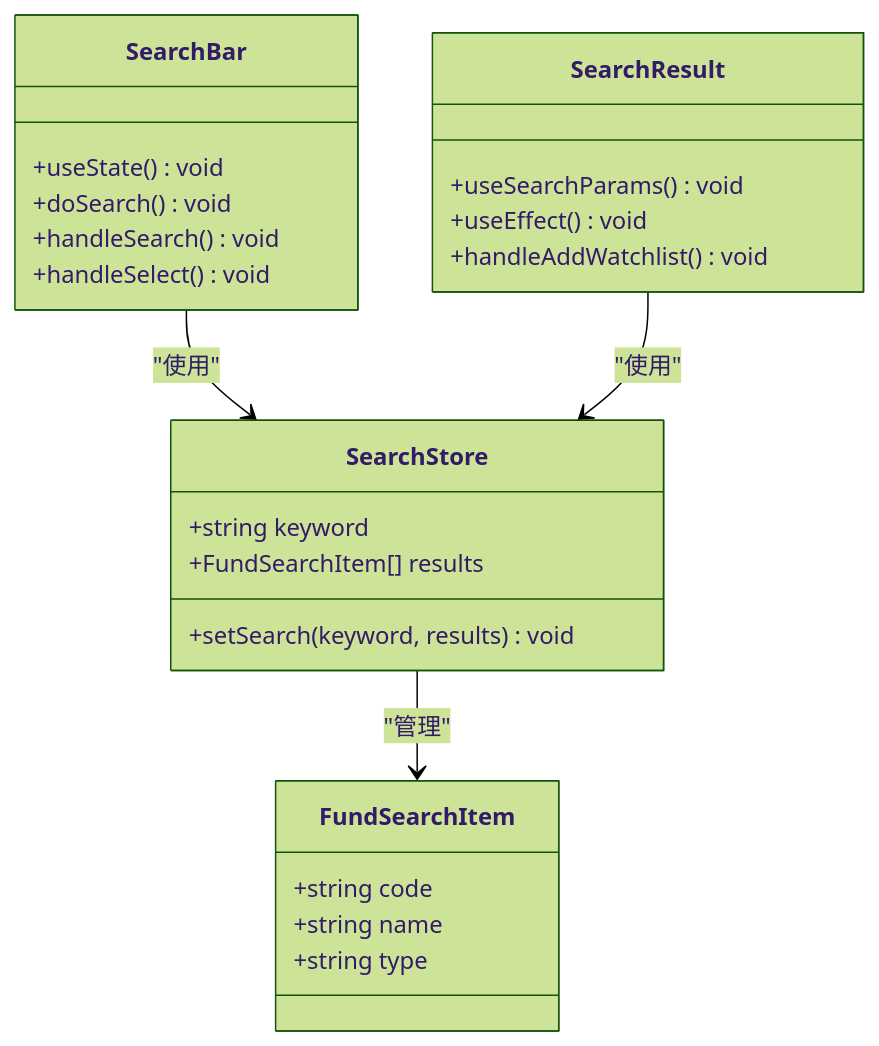
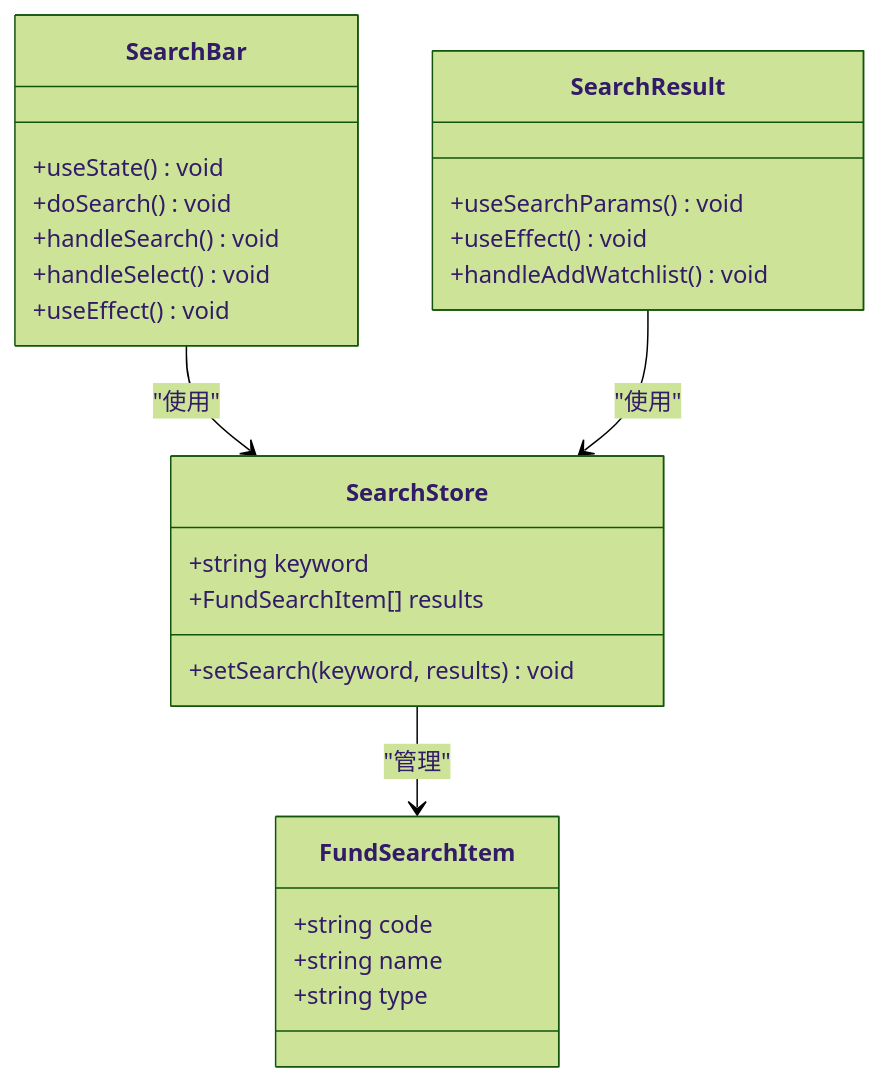
The fifth of 9 diagrams in .qoder/repowiki/zh/content/核心功能开发/搜索功能优化.md (gree-coder/fund-butler), drawn with Mermaid (forest theme) before and after one commit. The commit also changed other lines of this file and 12 other files, not shown here.

````diff
--- a/.qoder/repowiki/zh/content/核心功能开发/搜索功能优化.md
+++ b/.qoder/repowiki/zh/content/核心功能开发/搜索功能优化.md
@@ -188,27 +215,28 @@
 ```mermaid
 classDiagram
 class SearchStore {
 +string keyword
 +FundSearchItem[] results
 +setSearch(keyword, results) void
 }
 class FundSearchItem {
 +string code
 +string name
 +string type
 }
 class SearchBar {
 +useState() void
 +doSearch() void
 +handleSearch() void
 +handleSelect() void
++useEffect() void
 }
 class SearchResult {
 +useSearchParams() void
 +useEffect() void
 +handleAddWatchlist() void
 }
 SearchStore --> FundSearchItem : "管理"
 SearchBar --> SearchStore : "使用"
 SearchResult --> SearchStore : "使用"
 ```
````
